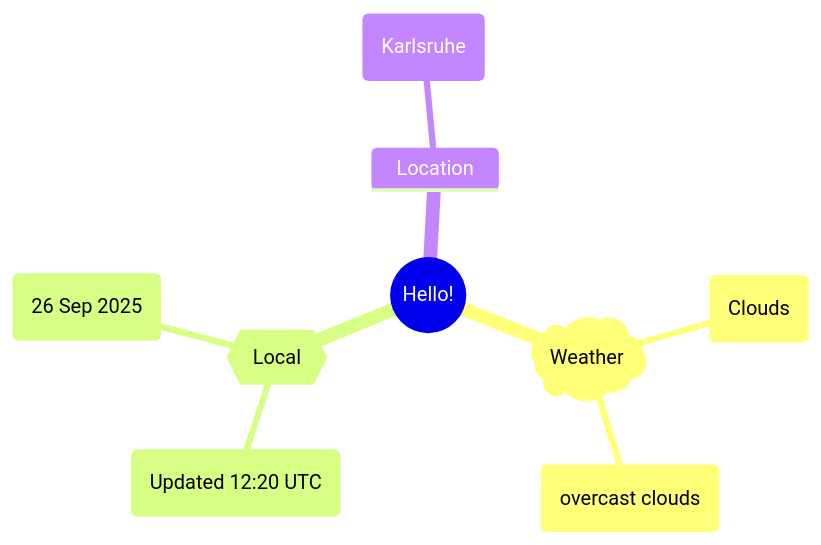
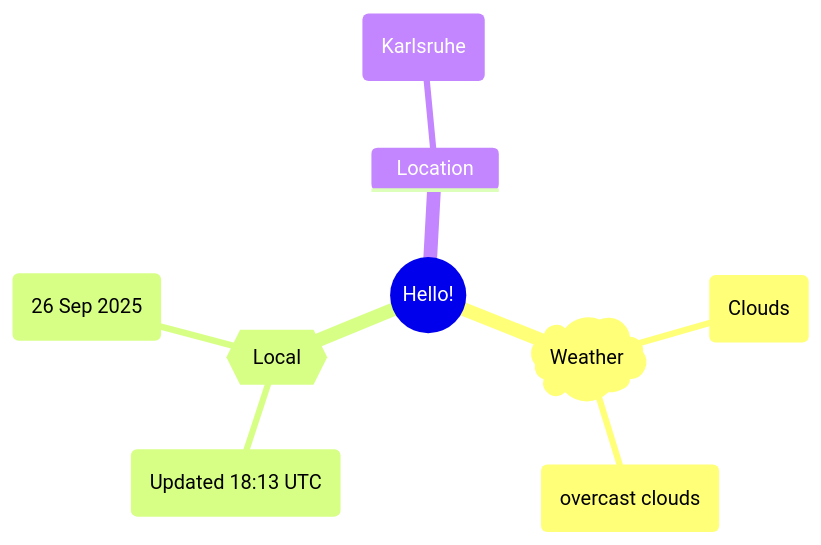
One commit to Xosrov/Xosrov changed the first of 2 diagrams in README.md. Above: the diagram before and after it, drawn with Mermaid.

Commit message:
[bot] updated images

````diff
--- a/README.md
+++ b/README.md
@@ -3,12 +3,12 @@
 ```mermaid
 mindmap
   root((Hello!))
     )Weather(
         (Clouds)
         (overcast clouds)
     {{Local}}
-        (Updated 12:20 UTC)
+        (Updated 18:13 UTC)
         (26 Sep 2025)
     Location
         (Karlsruhe)
 ```
````
